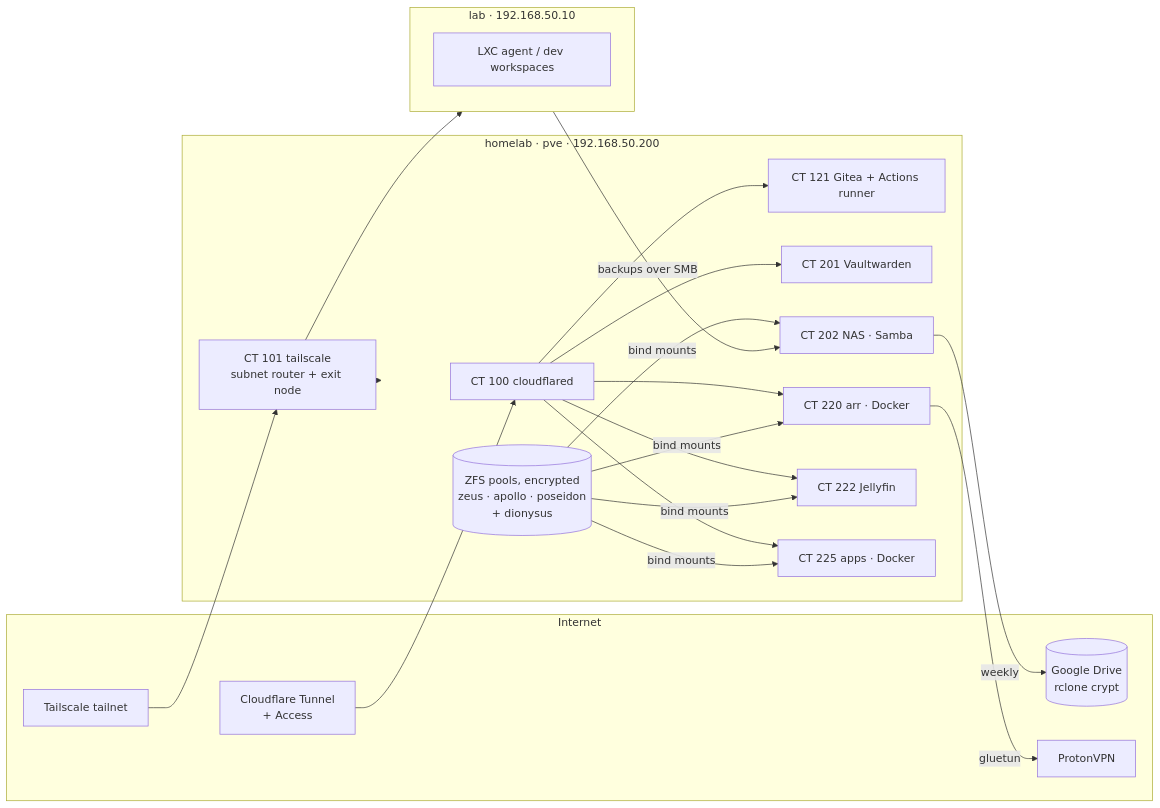
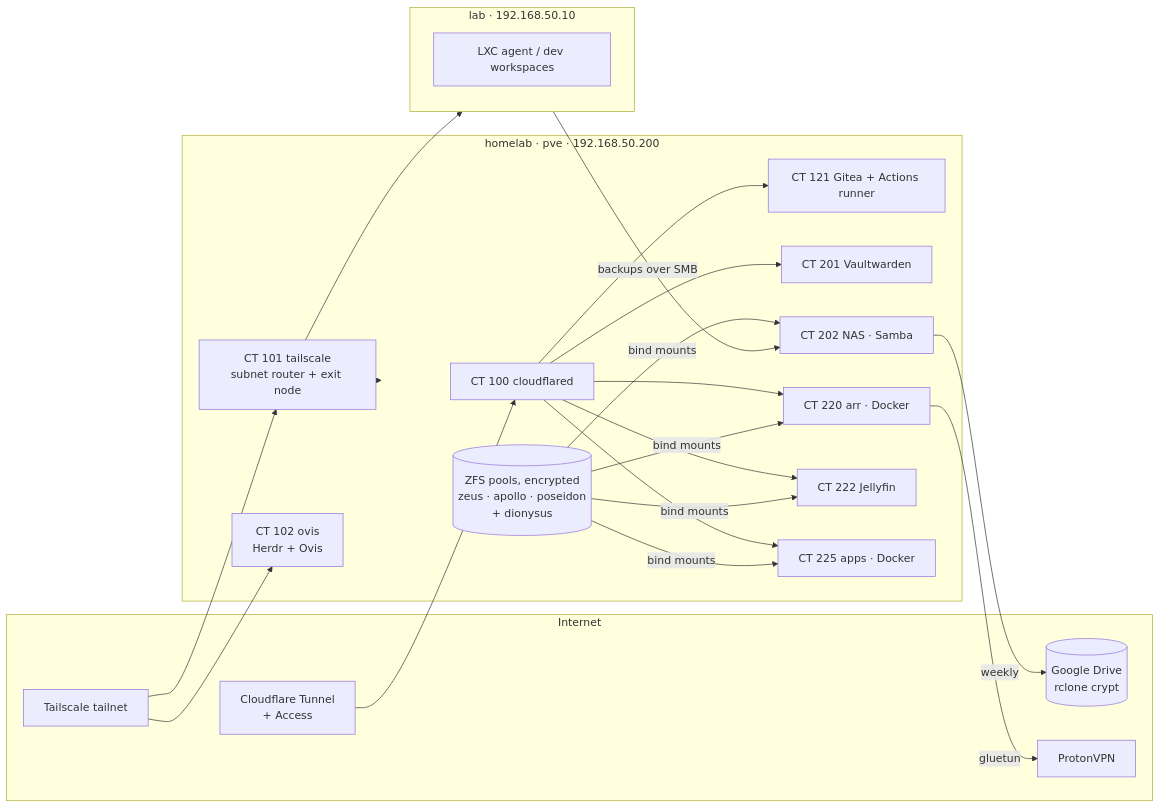
Before and after one commit to mateuspim/homelab: the diagram in README.md, drawn with Mermaid. The commit also changed other lines of this file and 8 other files, not shown here.

````diff
--- a/README.md
+++ b/README.md
@@ -25,32 +25,34 @@
 ```mermaid
 flowchart LR
     subgraph Internet
         CF[Cloudflare Tunnel<br/>+ Access]
         TS[Tailscale tailnet]
         GD[(Google Drive<br/>rclone crypt)]
         VPN[ProtonVPN]
     end
 
     subgraph pve["homelab · pve · 192.168.50.200"]
         CT100[CT 100 cloudflared]
         CT101[CT 101 tailscale<br/>subnet router + exit node]
+        CT102[CT 102 ovis<br/>Herdr + Ovis]
         CT121[CT 121 Gitea + Actions runner]
         CT201[CT 201 Vaultwarden]
         CT202[CT 202 NAS · Samba]
         CT220[CT 220 arr · Docker]
         CT222[CT 222 Jellyfin]
         CT225[CT 225 apps · Docker]
         ZFS[(ZFS pools, encrypted<br/>zeus · apollo · poseidon<br/>+ dionysus)]
     end
 
     subgraph lab["lab · 192.168.50.10"]
         WS[LXC agent / dev workspaces]
     end
 
     CF --> CT100 --> CT121 & CT201 & CT220 & CT222 & CT225
     TS --> CT101 --> pve & lab
+    TS --> CT102
     ZFS -- bind mounts --> CT202 & CT220 & CT222 & CT225
     CT220 -- gluetun --> VPN
     CT202 -- weekly --> GD
     lab -- backups over SMB --> CT202
 ```
````
